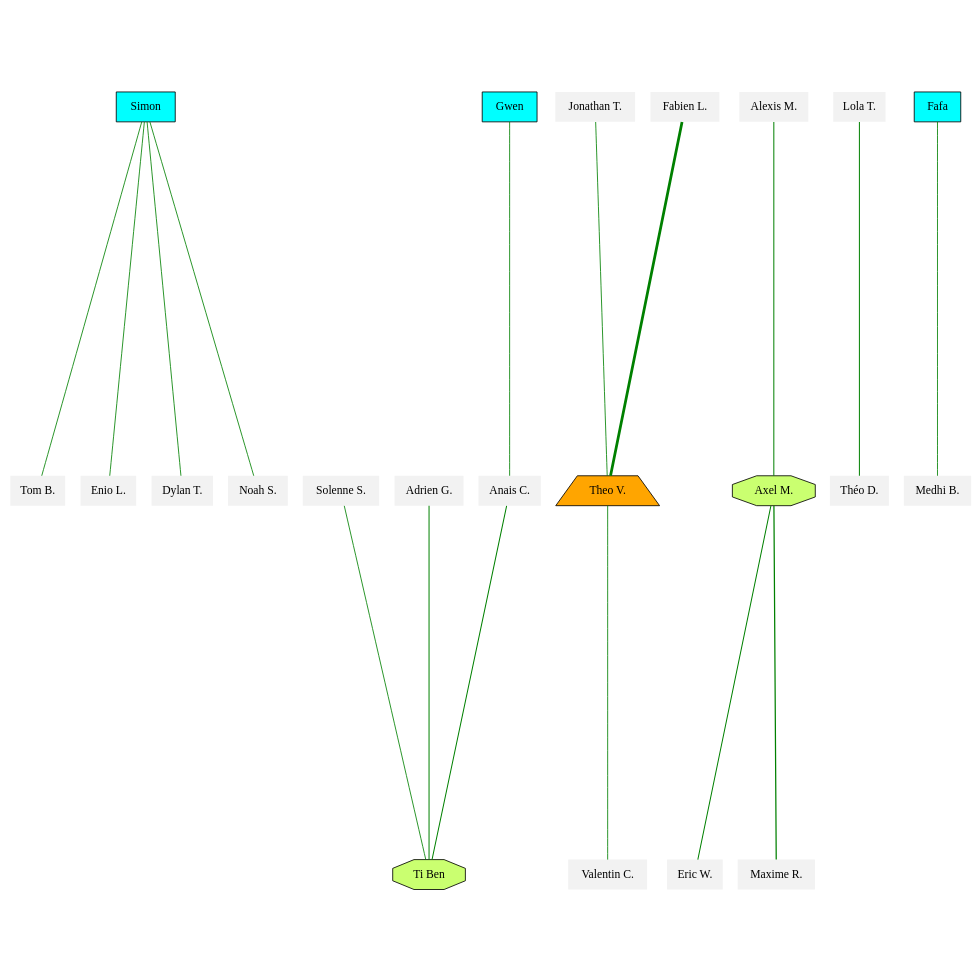
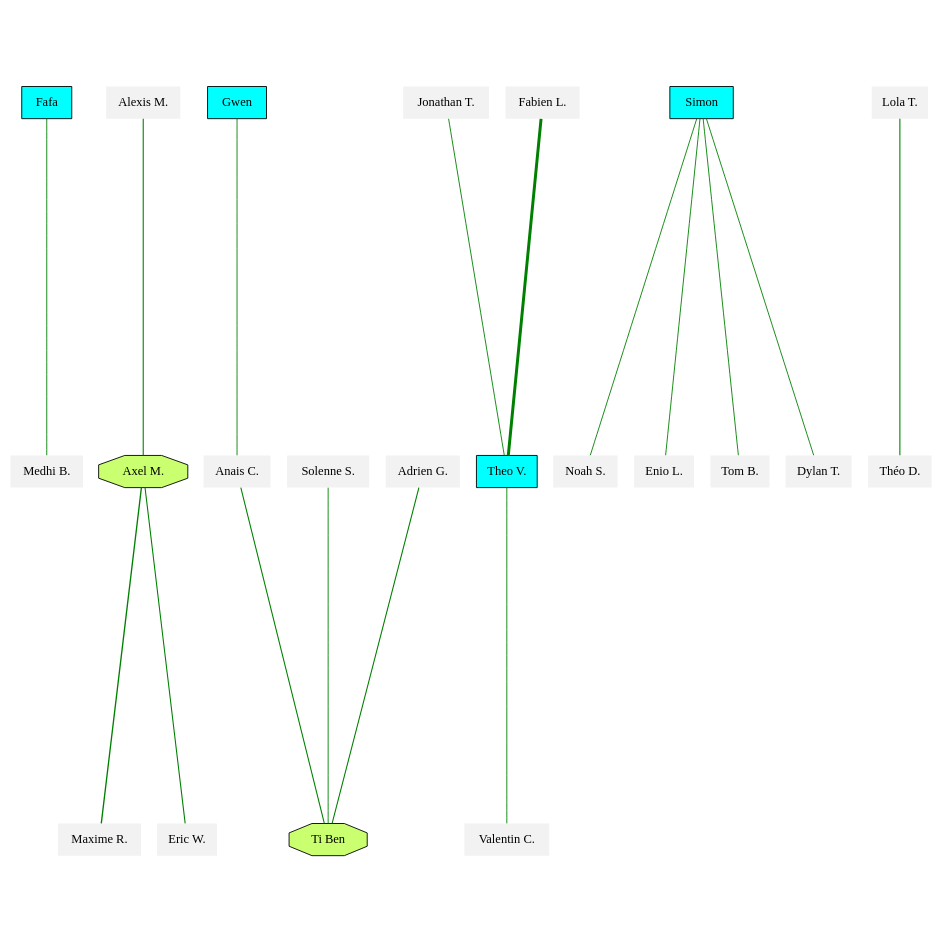
One commit to GuilhemRep/sauts changed the diagram in jumpers_INITIATION.dot. Above: the diagram before and after it, drawn with Graphviz. The commit also changed 11 other files, not shown here.

Commit message:
better graphs

```diff
--- a/jumpers_INITIATION.dot
+++ b/jumpers_INITIATION.dot
@@ -1,41 +1,41 @@
 graph Jumpers {
 	graph [overlap=false ratio=1 size="15,15" splines=true]
-	"Tom B." [fillcolor=gray95 shape=none style=filled]
+	"Medhi B." [fillcolor=gray95 shape=none style=filled]
+	"Alexis M." [fillcolor=gray95 shape=none style=filled]
+	" Gwen " [fillcolor=cyan shape=rectangle style=filled]
+	"Valentin C." [fillcolor=gray95 shape=none style=filled]
+	"Noah S." [fillcolor=gray95 shape=none style=filled]
+	"Maxime R." [fillcolor=gray95 shape=none style=filled]
+	"Ti Ben" [fillcolor=darkolivegreen1 shape=octagon style=filled]
 	"Enio L." [fillcolor=gray95 shape=none style=filled]
+	" Simon " [fillcolor=cyan shape=rectangle style=filled]
+	"Axel M." [fillcolor=darkolivegreen1 shape=octagon style=filled]
+	" Fafa " [fillcolor=cyan shape=rectangle style=filled]
 	"Anais C." [fillcolor=gray95 shape=none style=filled]
 	"Jonathan T." [fillcolor=gray95 shape=none style=filled]
 	"Eric W." [fillcolor=gray95 shape=none style=filled]
-	" Simon " [fillcolor=cyan shape=rectangle style=filled]
-	"Theo V." [fillcolor=orange shape=trapezium style=filled]
-	"Alexis M." [fillcolor=gray95 shape=none style=filled]
+	"Tom B." [fillcolor=gray95 shape=none style=filled]
+	"Fabien L." [fillcolor=gray95 shape=none style=filled]
+	"Dylan T." [fillcolor=gray95 shape=none style=filled]
 	"Théo D." [fillcolor=gray95 shape=none style=filled]
-	"Axel M." [fillcolor=darkolivegreen1 shape=octagon style=filled]
+	"Theo V." [fillcolor=cyan shape=rectangle style=filled]
+	"Lola T." [fillcolor=gray95 shape=none style=filled]
 	"Solenne S." [fillcolor=gray95 shape=none style=filled]
-	"Maxime R." [fillcolor=gray95 shape=none style=filled]
-	"Dylan T." [fillcolor=gray95 shape=none style=filled]
-	"Noah S." [fillcolor=gray95 shape=none style=filled]
-	"Medhi B." [fillcolor=gray95 shape=none style=filled]
-	" Fafa " [fillcolor=cyan shape=rectangle style=filled]
 	"Adrien G." [fillcolor=gray95 shape=none style=filled]
-	" Gwen " [fillcolor=cyan shape=rectangle style=filled]
-	"Lola T." [fillcolor=gray95 shape=none style=filled]
-	"Valentin C." [fillcolor=gray95 shape=none style=filled]
-	"Ti Ben" [fillcolor=darkolivegreen1 shape=octagon style=filled]
-	"Fabien L." [fillcolor=gray95 shape=none style=filled]
 	"Fabien L." -- "Theo V." [color=green len=1.5 penwidth=3.3284271247461903]
 	"Axel M." -- "Maxime R." [color=green len=1.5 penwidth=1.5]
 	" Simon " -- "Noah S." [color=green len=1.5 penwidth=1.0]
 	" Simon " -- "Tom B." [color=green len=1.5 penwidth=1.0]
 	" Simon " -- "Enio L." [color=green len=1.5 penwidth=1.0]
 	" Fafa " -- "Medhi B." [color=green len=1.5 penwidth=1.0]
 	"Jonathan T." -- "Theo V." [color=green len=1.5 penwidth=1.0]
 	"Adrien G." -- "Ti Ben" [color=green len=1.5 penwidth=1.2071067811865475]
 	" Gwen " -- "Anais C." [color=green len=1.5 penwidth=1.0]
 	"Alexis M." -- "Axel M." [color=green len=1.5 penwidth=1.2071067811865475]
 	" Simon " -- "Dylan T." [color=green len=1.5 penwidth=1.0]
 	"Solenne S." -- "Ti Ben" [color=green len=1.5 penwidth=1.0]
 	"Anais C." -- "Ti Ben" [color=green len=1.5 penwidth=1.2071067811865475]
 	"Theo V." -- "Valentin C." [color=green len=1.5 penwidth=1.0]
 	"Axel M." -- "Eric W." [color=green len=1.5 penwidth=1.2071067811865475]
 	"Lola T." -- "Théo D." [color=green len=1.5 penwidth=1.2071067811865475]
 }
```
